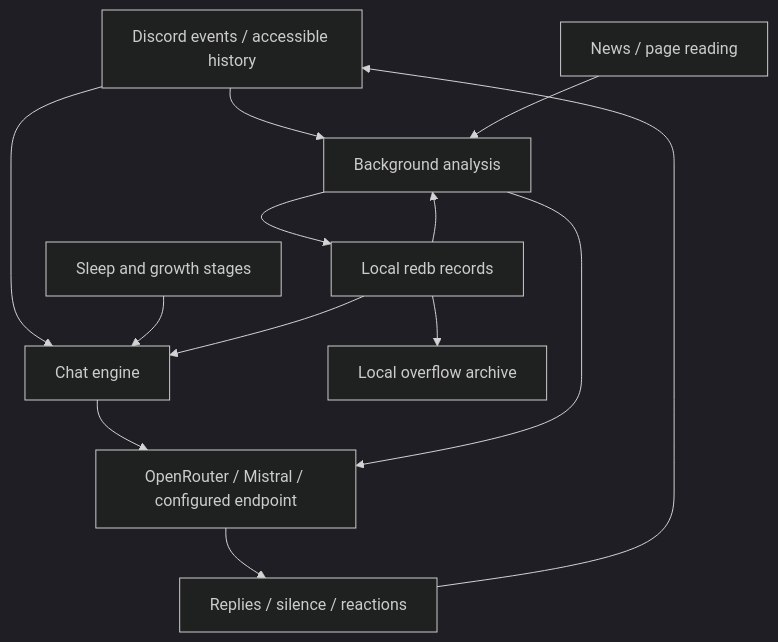
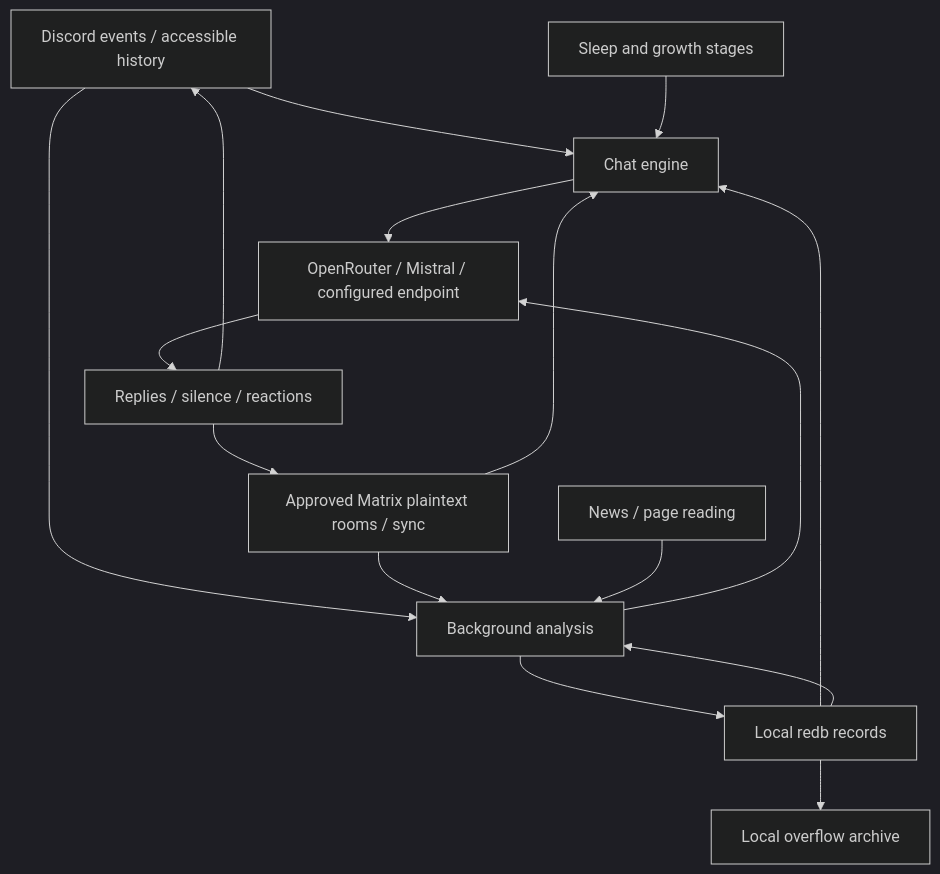
One commit to Hyacinth-Group/nilly changed the diagram in docs/architecture.md. Above: the diagram before and after it, drawn with Mermaid (dark theme). The commit also changed other lines of this file and 20 other files, not shown here.

Commit message:
Add plaintext Matrix rooms and onboarding

````diff
--- a/docs/architecture.md
+++ b/docs/architecture.md
@@ -7,15 +7,18 @@
 ```mermaid
 flowchart TD
     Discord[Discord events / accessible history] --> Chat[Chat engine]
+    Matrix[Approved Matrix plaintext rooms / sync] --> Chat
     Clock[Sleep and growth stages] --> Chat
     Chat --> Model[OpenRouter / Mistral / configured endpoint]
     Model --> Reply[Replies / silence / reactions]
     Reply --> Discord
+    Reply --> Matrix
     Discord --> Agents[Background analysis]
+    Matrix --> Agents
     Web[News / page reading] --> Agents
     Agents --> Model
     Agents --> Memory[Local redb records]
     Memory --> Chat
     Memory --> Agents
     Memory --> Archive[Local overflow archive]
 ```
````
